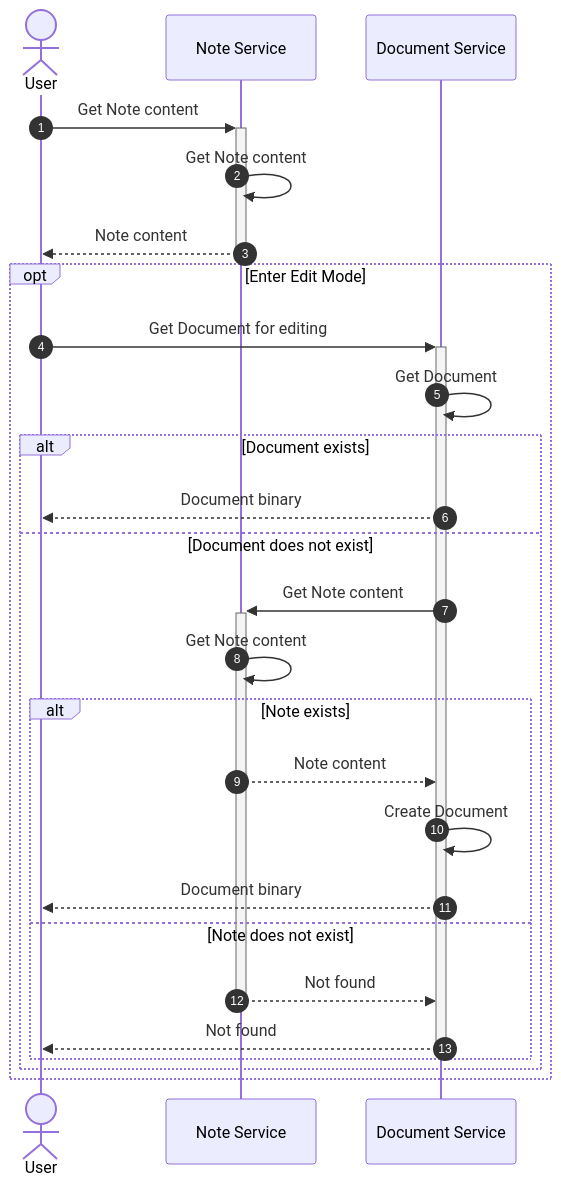
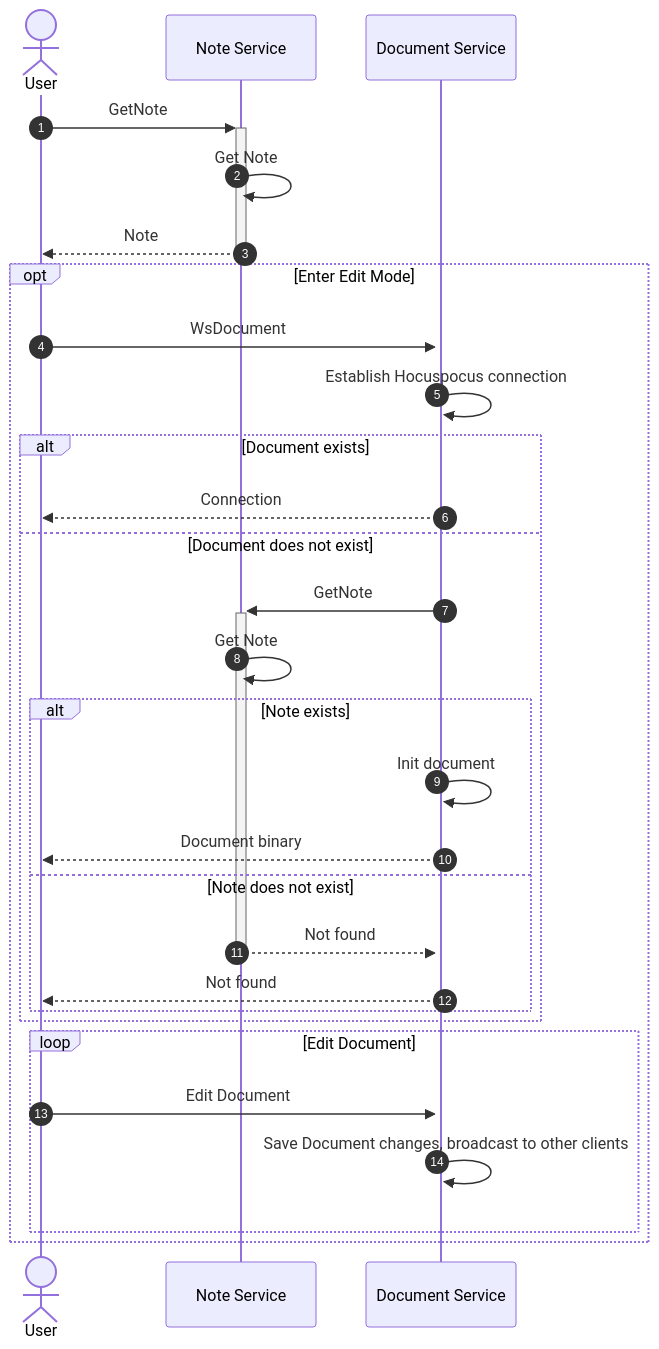
The second of 5 diagrams in docs/src/references/activity/note.md (notopia-uit/notopia), drawn with Mermaid before and after one commit. The commit also changed other lines of this file and 63 other files, not shown here.

````diff
--- a/docs/src/references/activity/note.md
+++ b/docs/src/references/activity/note.md
@@ -52,30 +37,33 @@
 ```mermaid
 sequenceDiagram
     autonumber
 
     actor U as User
     participant NS as Note Service
     participant DS as Document Service
 
-    U->>+NS: Get Note content
-    NS->>NS: Get Note content
-    NS-->>-U: Note content
+    U->>+NS: GetNote
+    NS->>NS: Get Note
+    NS-->>-U: Note
     opt Enter Edit Mode
-        U->>+DS: Get Document for editing
-        DS->>DS: Get Document
+        U->>+DS: WsDocument
+        DS->>DS: Establish Hocuspocus connection
         alt Document exists
-            DS-->>U: Document binary
+            DS-->>U: Connection
         else Document does not exist
-            DS->>+NS: Get Note content
-            NS->>NS: Get Note content
+            DS->>+NS: GetNote
+            NS->>NS: Get Note
             alt Note exists
-                NS-->>DS: Note content
-                DS->>DS: Create Document
+                DS->>DS: Init document
                 DS-->>U: Document binary
             else Note does not exist
                 NS-->>-DS: Not found
-                DS-->>-U: Not found
+                DS-->>U: Not found
             end
+        end
+        loop Edit Document
+            U->>DS: Edit Document
+            DS->>DS: Save Document changes, broadcast to other clients
         end
     end
 ```
````
